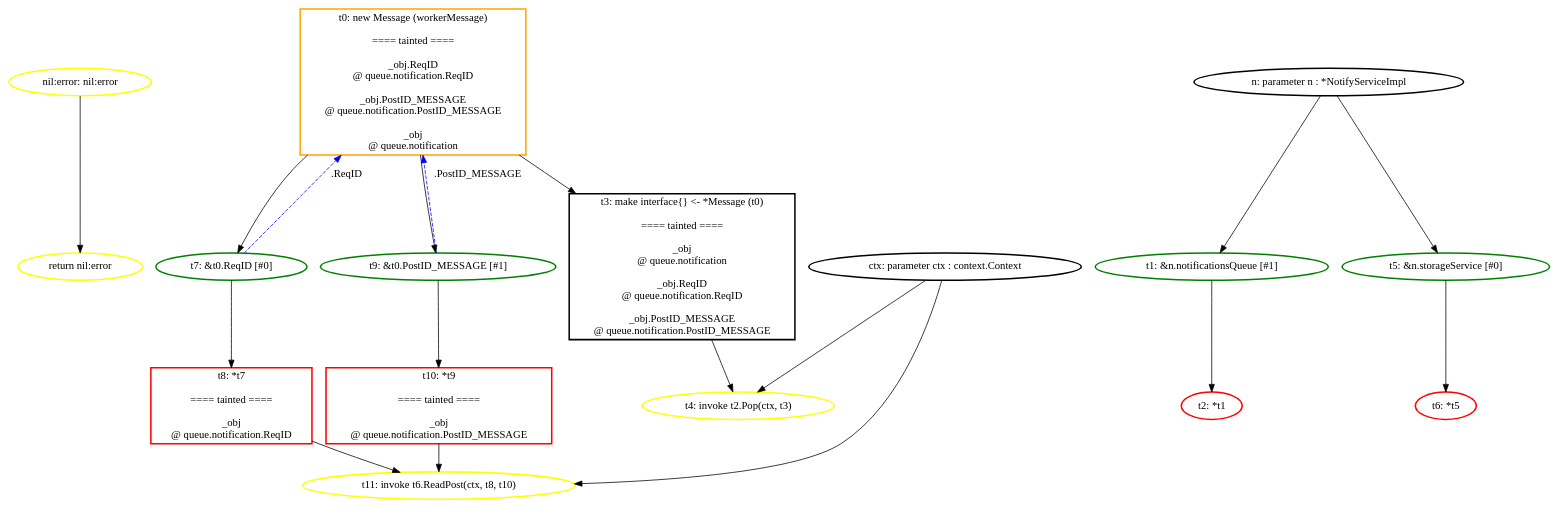
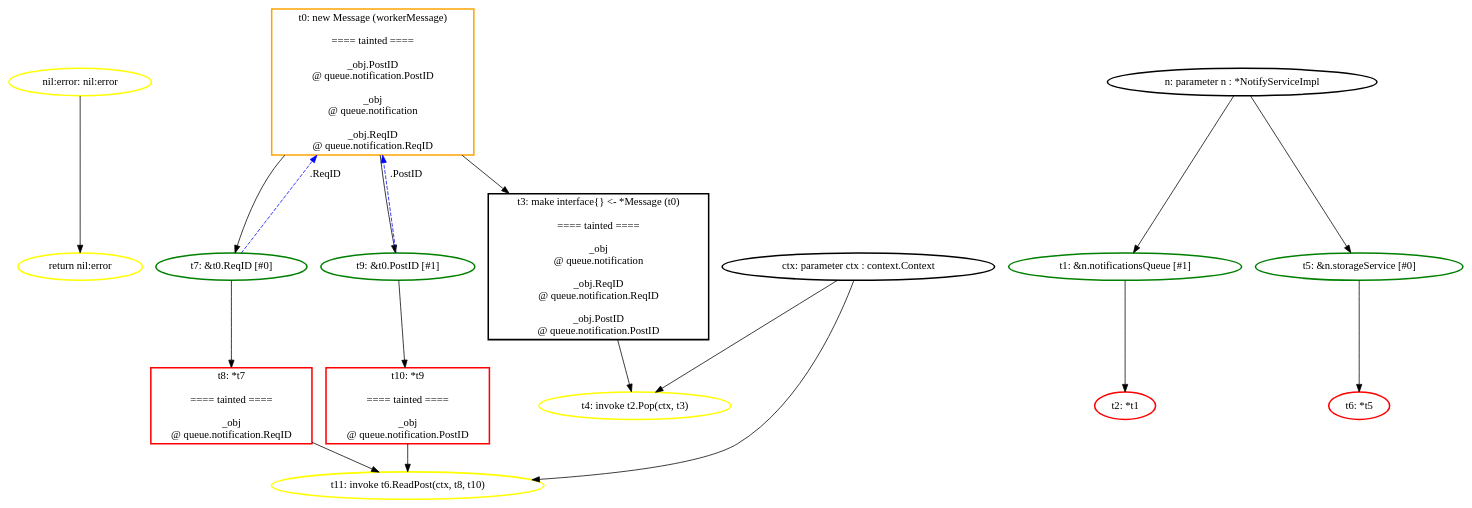
One commit to aletheia-microservices/aletheia changed the diagram in ssa_analysis/analyzer/output/blueprint/postnotification/notifyservice_run/graphs/postnotification_simple.NotifyService.workerThread.dot. Above: the diagram before and after it, drawn with Graphviz. The commit also changed 24 other files, not shown here.

Commit message:
feat(app): export schema to json file

```diff
--- a/ssa_analysis/analyzer/output/blueprint/postnotification/notifyservice_run/graphs/postnotification_simple.NotifyService.workerThread.dot
+++ b/ssa_analysis/analyzer/output/blueprint/postnotification/notifyservice_run/graphs/postnotification_simple.NotifyService.workerThread.dot
@@ -1,72 +1,72 @@
 digraph G {
 	rankdir=TD;
-	N_instr_ret_3146755 [label="return nil:error", style=bold, shape=ellipse, color="yellow"];
-	N_nil_1106173098 [label="nil:error: nil:error", style=bold, shape=ellipse, color="yellow"];
-	N_val_alloc_3146578 [label="t0: new Message (workerMessage)
+	N_instr_ret_76266 [label="return nil:error", style=bold, shape=ellipse, color="yellow"];
+	N_nil_1161901621 [label="nil:error: nil:error", style=bold, shape=ellipse, color="yellow"];
+	N_val_alloc_76099 [label="t0: new Message (workerMessage)
 
 ==== tainted ====
 
-_obj.ReqID
-@ queue.notification.ReqID
-
-_obj.PostID_MESSAGE
-@ queue.notification.PostID_MESSAGE
+_obj.PostID
+@ queue.notification.PostID
 
 _obj
 @ queue.notification
+
+_obj.ReqID
+@ queue.notification.ReqID
 ", style=bold, shape=box, color="orange"];
-	N_val_call_3146626 [label="t4: invoke t2.Pop(ctx, t3)", style=bold, shape=ellipse, color="yellow"];
-	N_val_call_3146675 [label="t11: invoke t6.ReadPost(ctx, t8, t10)", style=bold, shape=ellipse, color="yellow"];
-	N_val_field_3146604 [label="t1: &n.notificationsQueue [#1]", style=bold, shape=ellipse, color="green"];
-	N_val_field_3146652 [label="t5: &n.storageService [#0]", style=bold, shape=ellipse, color="green"];
-	N_val_field_3146695 [label="t7: &t0.ReqID [#0]", style=bold, shape=ellipse, color="green"];
-	N_val_field_3146716 [label="t9: &t0.PostID_MESSAGE [#1]", style=bold, shape=ellipse, color="green"];
+	N_val_call_76146 [label="t4: invoke t2.Pop(ctx, t3)", style=bold, shape=ellipse, color="yellow"];
+	N_val_call_76194 [label="t11: invoke t6.ReadPost(ctx, t8, t10)", style=bold, shape=ellipse, color="yellow"];
+	N_val_field_76124 [label="t1: &n.notificationsQueue [#1]", style=bold, shape=ellipse, color="green"];
+	N_val_field_76171 [label="t5: &n.storageService [#0]", style=bold, shape=ellipse, color="green"];
+	N_val_field_76214 [label="t7: &t0.ReqID [#0]", style=bold, shape=ellipse, color="green"];
+	N_val_field_76235 [label="t9: &t0.PostID [#1]", style=bold, shape=ellipse, color="green"];
 	N_val_ifacet3 [label="t3: make interface{} <- *Message (t0)
 
 ==== tainted ====
 
 _obj
 @ queue.notification
 
 _obj.ReqID
 @ queue.notification.ReqID
 
-_obj.PostID_MESSAGE
-@ queue.notification.PostID_MESSAGE
+_obj.PostID
+@ queue.notification.PostID
 ", style=bold, shape=box, color="black"];
-	N_val_param_3146462 [label="n: parameter n : *NotifyServiceImpl", style=bold, shape=ellipse, color="black"];
-	N_val_param_3146497 [label="ctx: parameter ctx : context.Context", style=bold, shape=ellipse, color="black"];
-	N_val_unary_3146604 [label="t2: *t1", style=bold, shape=ellipse, color="red"];
-	N_val_unary_3146652 [label="t6: *t5", style=bold, shape=ellipse, color="red"];
-	N_val_unary_3146695 [label="t8: *t7
+	N_val_param_75984 [label="n: parameter n : *NotifyServiceImpl", style=bold, shape=ellipse, color="black"];
+	N_val_param_76019 [label="ctx: parameter ctx : context.Context", style=bold, shape=ellipse, color="black"];
+	N_val_unary_76124 [label="t2: *t1", style=bold, shape=ellipse, color="red"];
+	N_val_unary_76171 [label="t6: *t5", style=bold, shape=ellipse, color="red"];
+	N_val_unary_76214 [label="t8: *t7
 
 ==== tainted ====
 
 _obj
 @ queue.notification.ReqID
 ", style=bold, shape=box, color="red"];
-	N_val_unary_3146716 [label="t10: *t9
+	N_val_unary_76235 [label="t10: *t9
 
 ==== tainted ====
 
 _obj
-@ queue.notification.PostID_MESSAGE
+@ queue.notification.PostID
 ", style=bold, shape=box, color="red"];
-	N_val_param_3146462 -> N_val_field_3146604;
-	N_val_field_3146604 -> N_val_unary_3146604;
-	N_val_alloc_3146578 -> N_val_ifacet3;
-	N_val_param_3146497 -> N_val_call_3146626;
-	N_val_ifacet3 -> N_val_call_3146626;
-	N_val_param_3146462 -> N_val_field_3146652;
-	N_val_field_3146652 -> N_val_unary_3146652;
-	N_val_alloc_3146578 -> N_val_field_3146695;
-	N_val_field_3146695 -> N_val_unary_3146695;
-	N_val_alloc_3146578 -> N_val_field_3146716;
-	N_val_field_3146716 -> N_val_unary_3146716;
-	N_val_param_3146497 -> N_val_call_3146675;
-	N_val_unary_3146695 -> N_val_call_3146675;
-	N_val_unary_3146716 -> N_val_call_3146675;
-	N_nil_1106173098 -> N_instr_ret_3146755;
-	N_val_field_3146716 -> N_val_alloc_3146578 [label=".PostID_MESSAGE", style=dashed, color=blue];
-	N_val_field_3146695 -> N_val_alloc_3146578 [label=".ReqID", style=dashed, color=blue];
+	N_val_param_75984 -> N_val_field_76124;
+	N_val_field_76124 -> N_val_unary_76124;
+	N_val_alloc_76099 -> N_val_ifacet3;
+	N_val_param_76019 -> N_val_call_76146;
+	N_val_ifacet3 -> N_val_call_76146;
+	N_val_param_75984 -> N_val_field_76171;
+	N_val_field_76171 -> N_val_unary_76171;
+	N_val_alloc_76099 -> N_val_field_76214;
+	N_val_field_76214 -> N_val_unary_76214;
+	N_val_alloc_76099 -> N_val_field_76235;
+	N_val_field_76235 -> N_val_unary_76235;
+	N_val_param_76019 -> N_val_call_76194;
+	N_val_unary_76214 -> N_val_call_76194;
+	N_val_unary_76235 -> N_val_call_76194;
+	N_nil_1161901621 -> N_instr_ret_76266;
+	N_val_field_76214 -> N_val_alloc_76099 [label=".ReqID", style=dashed, color=blue];
+	N_val_field_76235 -> N_val_alloc_76099 [label=".PostID", style=dashed, color=blue];
 }
```
